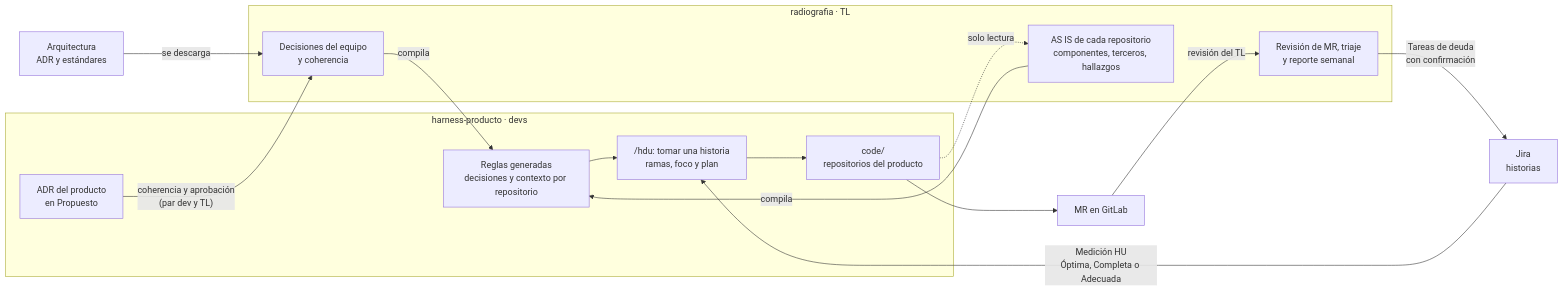
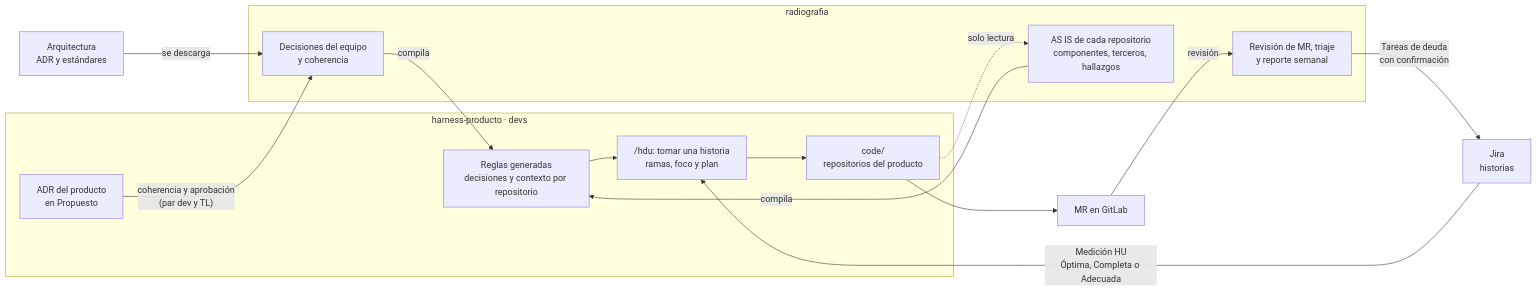
Before and after one commit to dambustamante/rad: the diagram in README.md, drawn with Mermaid. The commit also changed other lines of this file, not shown here.

Commit message:
README: radiografia como herramienta, sin atribuirla a un rol

````diff
--- a/README.md
+++ b/README.md
@@ -24,32 +23,32 @@
 ```mermaid
 flowchart LR
     ARQ["Arquitectura<br/>ADR y estándares"]
     JIRA["Jira<br/>historias"]
 
-    subgraph TL["radiografia · TL"]
+    subgraph GOB["radiografia"]
         DEC["Decisiones del equipo<br/>y coherencia"]
         ASIS["AS IS de cada repositorio<br/>componentes, terceros, hallazgos"]
         REV["Revisión de MR, triaje<br/>y reporte semanal"]
     end
 
     subgraph DEV["harness-producto · devs"]
         REGLAS["Reglas generadas<br/>decisiones y contexto por repositorio"]
         ADRP["ADR del producto<br/>en Propuesto"]
         HDU["/hdu: tomar una historia<br/>ramas, foco y plan"]
         CODE["code/<br/>repositorios del producto"]
     end
 
     MR["MR en GitLab"]
 
     ARQ -->|se descarga| DEC
     DEC -->|compila| REGLAS
     ASIS -->|compila| REGLAS
     ADRP -->|"coherencia y aprobación<br/>(par dev y TL)"| DEC
     JIRA -->|"Medición HU<br/>Óptima, Completa o Adecuada"| HDU
     REGLAS --> HDU
     HDU --> CODE
     CODE --> MR
-    MR -->|"revisión del TL"| REV
+    MR -->|revisión| REV
     REV -->|"Tareas de deuda<br/>con confirmación"| JIRA
     CODE -.->|solo lectura| ASIS
 ```
````
